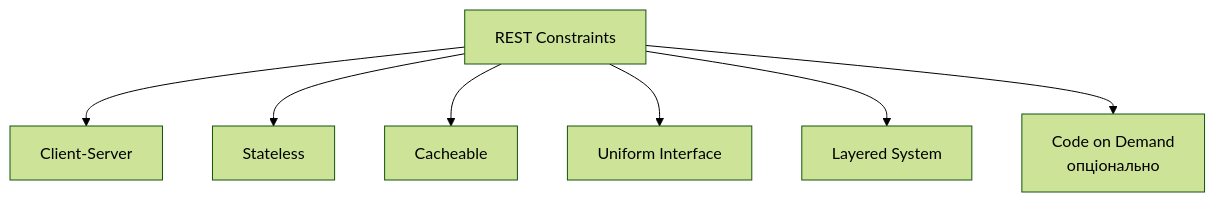
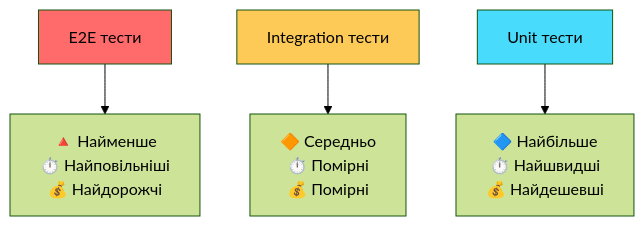
One commit to olroi421/course-opi changed the second of 8 diagrams in docs/presentations/presentation-12.md. Above: the diagram before and after it, drawn with Mermaid (forest theme). The commit also changed other lines of this file and 8 other files, not shown here.

````diff
--- a/docs/presentations/presentation-12.md
+++ b/docs/presentations/presentation-12.md
@@ -62,9 +57,12 @@
 ```mermaid
 graph TB
-    A[REST Constraints] --> B[Client-Server]
-    A --> C[Stateless]
-    A --> D[Cacheable]
-    A --> E[Uniform Interface]
-    A --> F[Layered System]
-    A --> G[Code on Demand<br/>опціонально]
+    A[E2E тести] --> B[🔺 Найменше<br/>⏱️ Найповільніші<br/>💰 Найдорожчі]
+
+    C[Integration тести] --> D[🔶 Середньо<br/>⏱️ Помірні<br/>💰 Помірні]
+
+    E[Unit тести] --> F[🔷 Найбільше<br/>⏱️ Найшвидші<br/>💰 Найдешевші]
+
+    style A fill:#ff6b6b
+    style C fill:#feca57
+    style E fill:#48dbfb
 ```
````
